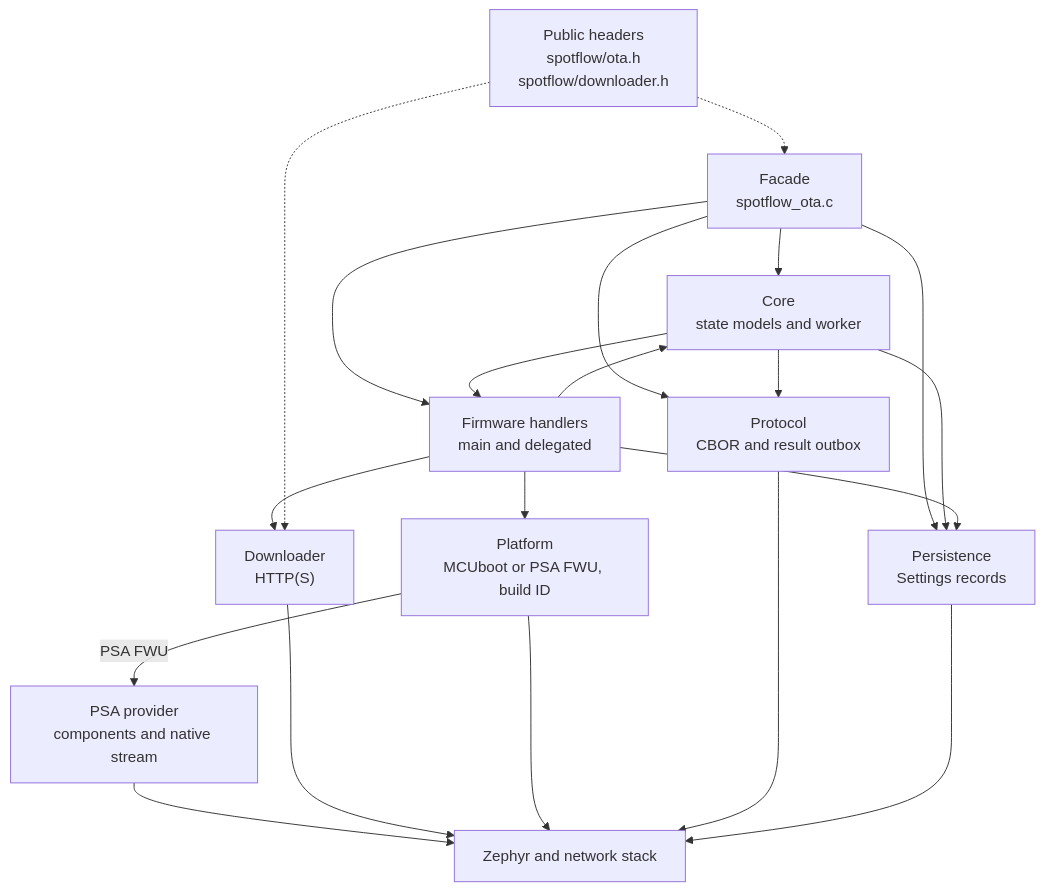
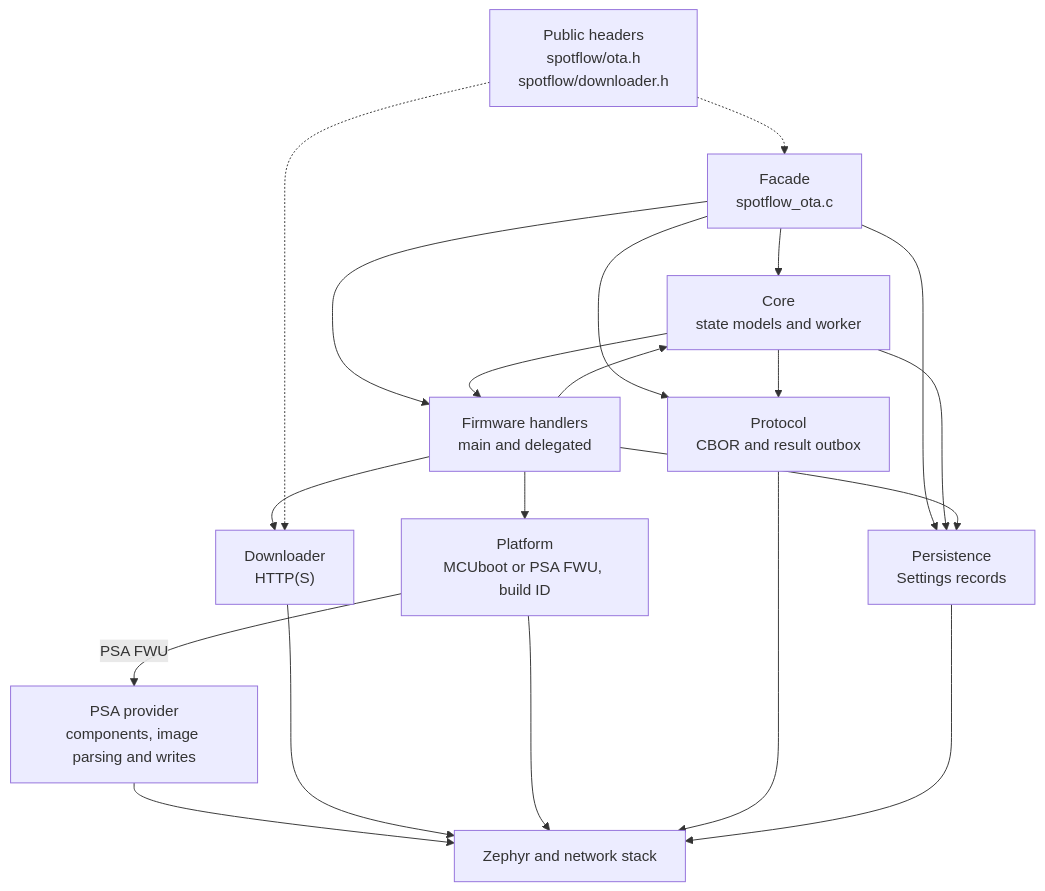
The seventh of 11 diagrams in zephyr/docs/ota.md (spotflow-io/device-sdk), drawn with Mermaid before and after one commit. The commit also changed other lines of this file and 29 other files, not shown here.

````diff
--- a/zephyr/docs/ota.md
+++ b/zephyr/docs/ota.md
@@ -405,32 +405,32 @@
 ```mermaid
 flowchart TD
     facade["Facade<br/>spotflow_ota.c"]
     core["Core<br/>state models and worker"]
     protocol["Protocol<br/>CBOR and result outbox"]
     persistence["Persistence<br/>Settings records"]
     firmware["Firmware handlers<br/>main and delegated"]
     downloader["Downloader<br/>HTTP(S)"]
     platform["Platform<br/>MCUboot or PSA FWU, build ID"]
     public["Public headers<br/>spotflow/ota.h<br/>spotflow/downloader.h"]
     zephyr["Zephyr and network stack"]
 
     facade --> core
     facade --> protocol
     facade --> persistence
     facade --> firmware
     core --> protocol
     core --> persistence
     core --> firmware
     firmware --> downloader
     firmware --> platform
-    platform -->|PSA FWU| psa["PSA provider<br/>components and native stream"]
+    platform -->|PSA FWU| psa["PSA provider<br/>components, image parsing and writes"]
     psa --> zephyr
     firmware --> persistence
     firmware --> core
     downloader --> zephyr
     platform --> zephyr
     protocol --> zephyr
     persistence --> zephyr
     public -.-> facade
     public -.-> downloader
 ```
````
